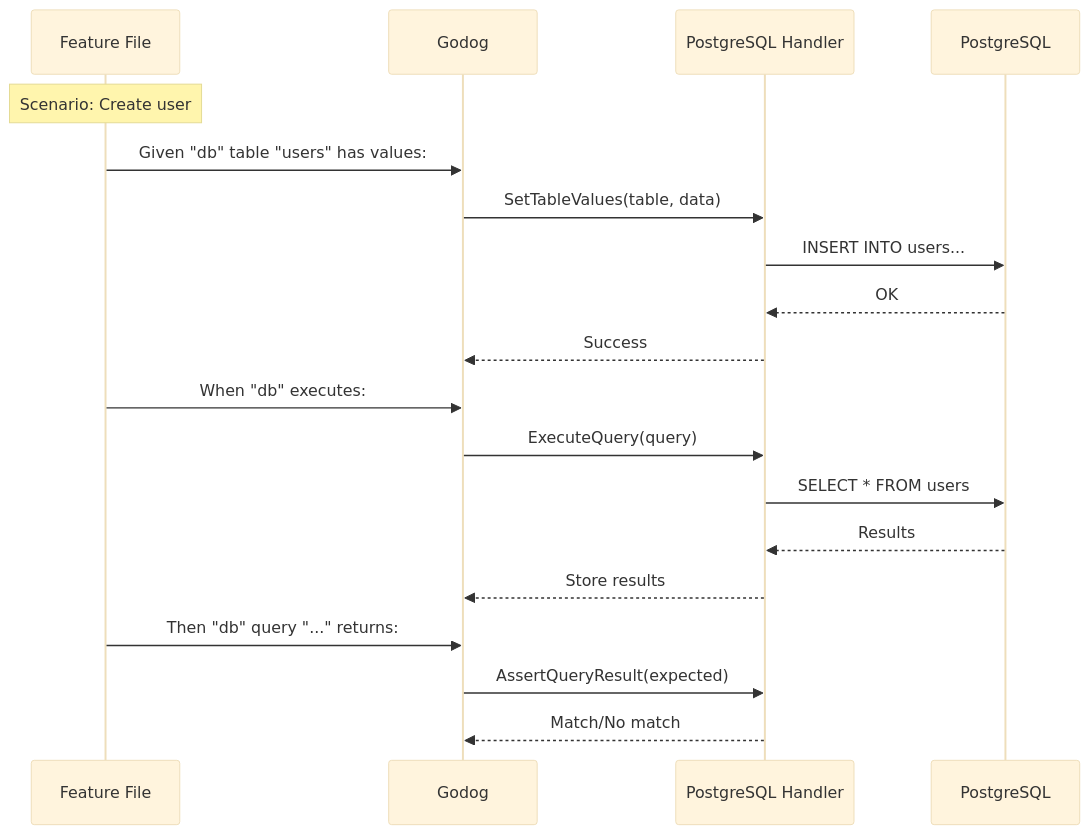
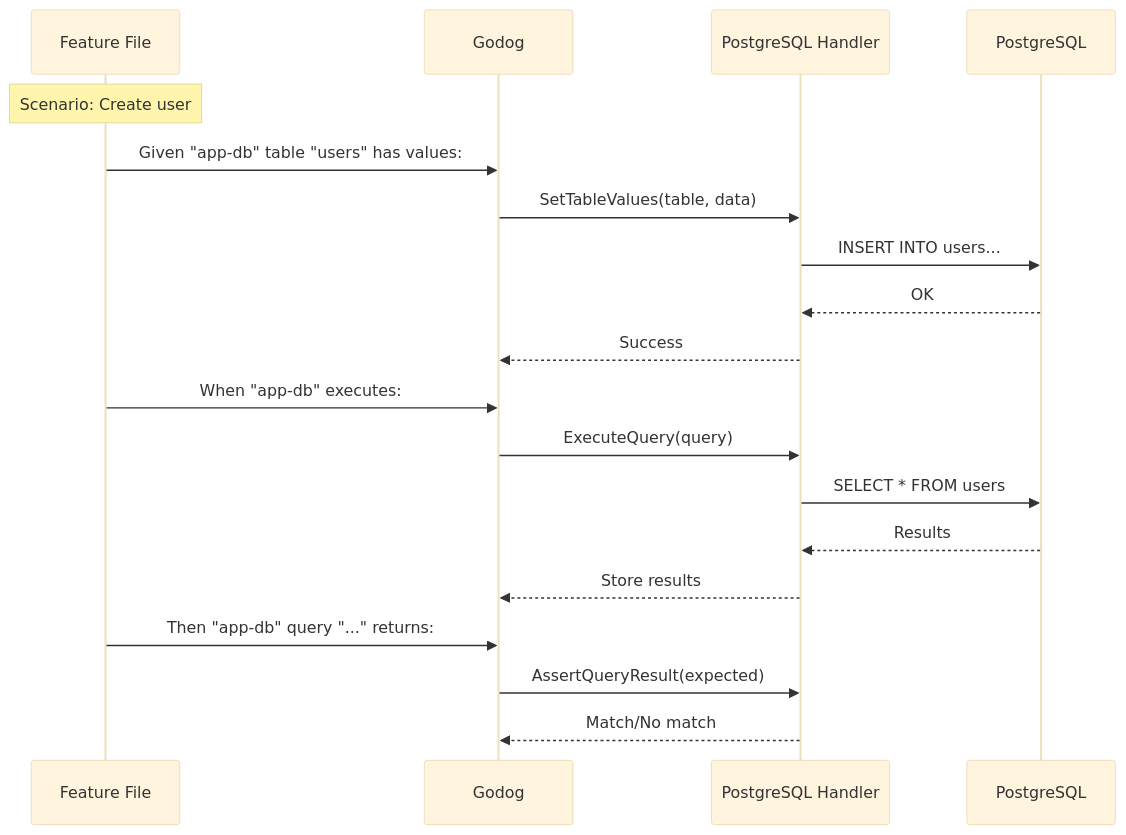
One commit to tomatool/tomato changed the sixth of 9 diagrams in docs/developer-guide/architecture.md. Above: the diagram before and after it, drawn with Mermaid (base theme). The commit also changed other lines of this file and 92 other files, not shown here.

````diff
--- a/docs/developer-guide/architecture.md
+++ b/docs/developer-guide/architecture.md
@@ -271,25 +271,25 @@
 ```mermaid
 sequenceDiagram
     participant Feature as Feature File
     participant Godog
     participant PG as PostgreSQL Handler
     participant DB as PostgreSQL
 
     Note over Feature: Scenario: Create user
 
-    Feature->>Godog: Given "db" table "users" has values:
+    Feature->>Godog: Given "app-db" table "users" has values:
     Godog->>PG: SetTableValues(table, data)
     PG->>DB: INSERT INTO users...
     DB-->>PG: OK
     PG-->>Godog: Success
 
-    Feature->>Godog: When "db" executes:
+    Feature->>Godog: When "app-db" executes:
     Godog->>PG: ExecuteQuery(query)
     PG->>DB: SELECT * FROM users
     DB-->>PG: Results
     PG-->>Godog: Store results
 
-    Feature->>Godog: Then "db" query "..." returns:
+    Feature->>Godog: Then "app-db" query "..." returns:
     Godog->>PG: AssertQueryResult(expected)
     PG-->>Godog: Match/No match
 ```
````
